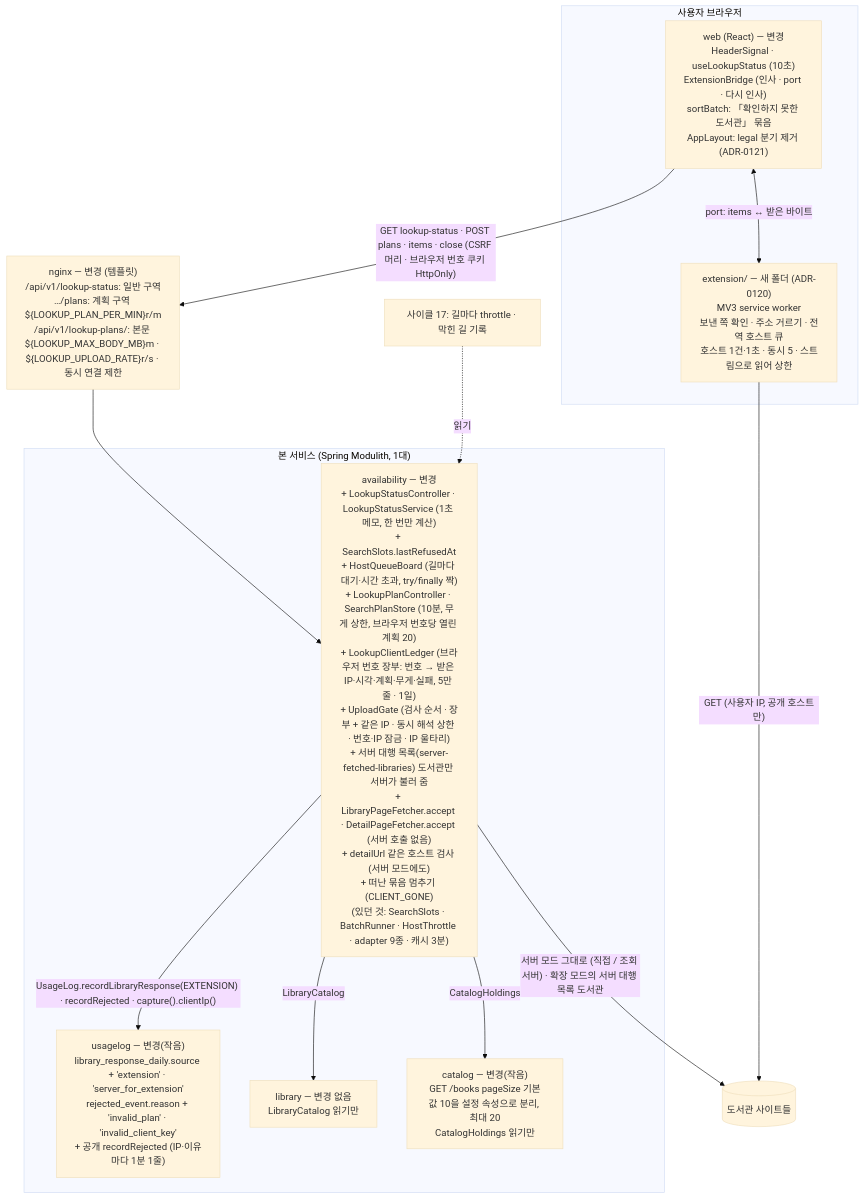
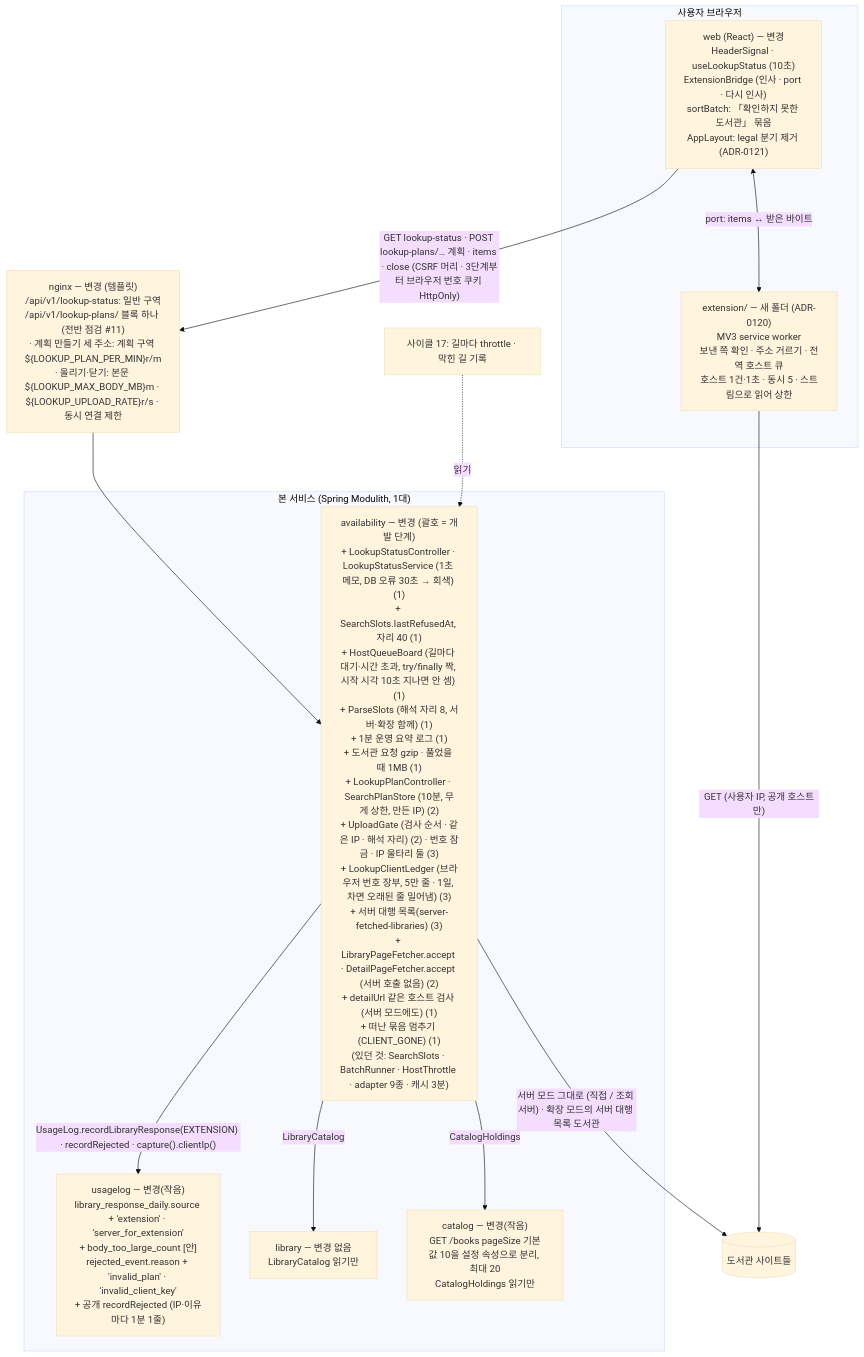
Before and after one commit to hodu-sketch/chaekcheck-plan: the first of 6 diagrams in docs/cycles/20-lookup-status-and-extension/design-delta.md, drawn with Mermaid (base theme). The commit also changed other lines of this file and 7 other files, not shown here.

Commit message:
cycle 20: apply overall review (13 decisions): three dev phases, host queue board self-heal, shared parse slots 8, summary log, gzip, version check, DB gray, ledger eviction, /api/v1/lookup-plans paths, fence (3) removed, search cap 40

````diff
--- a/docs/cycles/20-lookup-status-and-extension/design-delta.md
+++ b/docs/cycles/20-lookup-status-and-extension/design-delta.md
@@ -16,22 +48,22 @@
 ```mermaid
 flowchart TB
   subgraph browser["사용자 브라우저"]
     web["web (React) — 변경<br/>HeaderSignal · useLookupStatus (10초)<br/>ExtensionBridge (인사 · port · 다시 인사)<br/>sortBatch: 「확인하지 못한 도서관」 묶음<br/>AppLayout: legal 분기 제거 (ADR-0121)"]
     ext["extension/ — 새 폴더 (ADR-0120)<br/>MV3 service worker<br/>보낸 쪽 확인 · 주소 거르기 · 전역 호스트 큐<br/>호스트 1건·1초 · 동시 5 · 스트림으로 읽어 상한"]
   end
-  nginx["nginx — 변경 (템플릿)<br/>/api/v1/lookup-status: 일반 구역<br/>…/plans: 계획 구역 ${LOOKUP_PLAN_PER_MIN}r/m<br/>/api/v1/lookup-plans/: 본문 ${LOOKUP_MAX_BODY_MB}m · ${LOOKUP_UPLOAD_RATE}r/s · 동시 연결 제한"]
+  nginx["nginx — 변경 (템플릿)<br/>/api/v1/lookup-status: 일반 구역<br/>/api/v1/lookup-plans/ 블록 하나 (전반 점검 #11)<br/>· 계획 만들기 세 주소: 계획 구역 ${LOOKUP_PLAN_PER_MIN}r/m<br/>· 올리기·닫기: 본문 ${LOOKUP_MAX_BODY_MB}m · ${LOOKUP_UPLOAD_RATE}r/s · 동시 연결 제한"]
   subgraph main["본 서비스 (Spring Modulith, 1대)"]
-    av["availability — 변경<br/>+ LookupStatusController · LookupStatusService (1초 메모, 한 번만 계산)<br/>+ SearchSlots.lastRefusedAt<br/>+ HostQueueBoard (길마다 대기·시간 초과, try/finally 짝)<br/>+ LookupPlanController · SearchPlanStore (10분, 무게 상한, 브라우저 번호당 열린 계획 20)<br/>+ LookupClientLedger (브라우저 번호 장부: 번호 → 받은 IP·시각·계획·무게·실패, 5만 줄 · 1일)<br/>+ UploadGate (검사 순서 · 장부 + 같은 IP · 동시 해석 상한 · 번호·IP 잠금 · IP 울타리)<br/>+ 서버 대행 목록(server-fetched-libraries) 도서관만 서버가 불러 줌<br/>+ LibraryPageFetcher.accept · DetailPageFetcher.accept (서버 호출 없음)<br/>+ detailUrl 같은 호스트 검사 (서버 모드에도)<br/>+ 떠난 묶음 멈추기 (CLIENT_GONE)<br/>(있던 것: SearchSlots · BatchRunner · HostThrottle · adapter 9종 · 캐시 3분)"]
-    ul["usagelog — 변경(작음)<br/>library_response_daily.source + 'extension' · 'server_for_extension'<br/>rejected_event.reason + 'invalid_plan' · 'invalid_client_key'<br/>+ 공개 recordRejected (IP·이유마다 1분 1줄)"]
+    av["availability — 변경 (괄호 = 개발 단계)<br/>+ LookupStatusController · LookupStatusService (1초 메모, DB 오류 30초 → 회색) (1)<br/>+ SearchSlots.lastRefusedAt, 자리 40 (1)<br/>+ HostQueueBoard (길마다 대기·시간 초과, try/finally 짝, 시작 시각 10초 지나면 안 셈) (1)<br/>+ ParseSlots (해석 자리 8, 서버·확장 함께) (1)<br/>+ 1분 운영 요약 로그 (1)<br/>+ 도서관 요청 gzip · 풀었을 때 1MB (1)<br/>+ LookupPlanController · SearchPlanStore (10분, 무게 상한, 만든 IP) (2)<br/>+ UploadGate (검사 순서 · 같은 IP · 해석 자리) (2) · 번호 잠금 · IP 울타리 둘 (3)<br/>+ LookupClientLedger (브라우저 번호 장부, 5만 줄 · 1일, 차면 오래된 줄 밀어냄) (3)<br/>+ 서버 대행 목록(server-fetched-libraries) (3)<br/>+ LibraryPageFetcher.accept · DetailPageFetcher.accept (서버 호출 없음) (2)<br/>+ detailUrl 같은 호스트 검사 (서버 모드에도) (1)<br/>+ 떠난 묶음 멈추기 (CLIENT_GONE) (1)<br/>(있던 것: SearchSlots · BatchRunner · HostThrottle · adapter 9종 · 캐시 3분)"]
+    ul["usagelog — 변경(작음)<br/>library_response_daily.source + 'extension' · 'server_for_extension'<br/>+ body_too_large_count [안]<br/>rejected_event.reason + 'invalid_plan' · 'invalid_client_key'<br/>+ 공개 recordRejected (IP·이유마다 1분 1줄)"]
     lib["library — 변경 없음<br/>LibraryCatalog 읽기만"]
     cat["catalog — 변경(작음)<br/>GET /books pageSize 기본값 10을 설정 속성으로 분리, 최대 20<br/>CatalogHoldings 읽기만"]
     av -->|"UsageLog.recordLibraryResponse(EXTENSION) · recordRejected · capture().clientIp()"| ul
     av -->|"LibraryCatalog"| lib
     av -->|"CatalogHoldings"| cat
   end
-  web -->|"GET lookup-status · POST plans · items · close (CSRF 머리 · 브라우저 번호 쿠키 HttpOnly)"| nginx --> av
+  web -->|"GET lookup-status · POST lookup-plans/… 계획 · items · close (CSRF 머리 · 3단계부터 브라우저 번호 쿠키 HttpOnly)"| nginx --> av
   web <-->|"port: items ↔ 받은 바이트"| ext
   ext -->|"GET (사용자 IP, 공개 호스트만)"| sites[("도서관 사이트들")]
   av -->|"서버 모드 그대로 (직접 / 조회 서버) · 확장 모드의 서버 대행 목록 도서관"| sites
   bl["사이클 17: 길마다 throttle · 막힌 길 기록"] -.->|"읽기"| av
 ```
````
